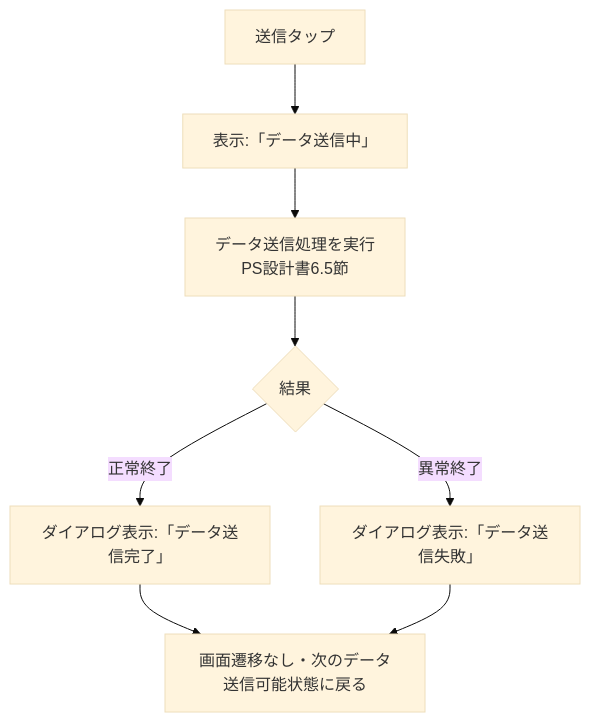
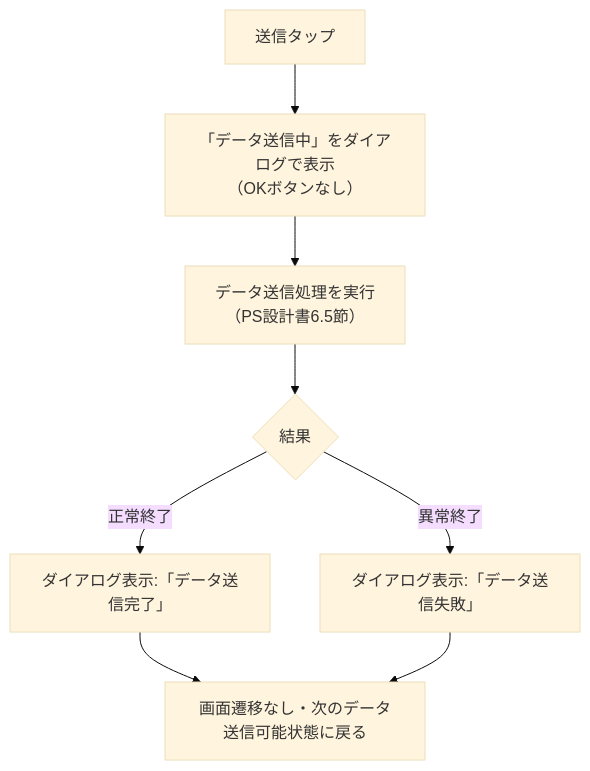
The third of 5 diagrams in docs/design/SS設計書.md (728h7y4bdh-cr/Test.swiftpm), drawn with Mermaid (base theme) before and after one commit. The commit also changed other lines of this file and 2 other files, not shown here.

````diff
--- a/docs/design/SS設計書.md
+++ b/docs/design/SS設計書.md
@@ -144,10 +144,10 @@
 ```mermaid
 flowchart TD
-    A[送信タップ] --> B[表示:「データ送信中」]
-    B --> C[データ送信処理を実行\nPS設計書6.5節]
-    C --> D{結果}
-    D -->|正常終了| E[ダイアログ表示:「データ送信完了」]
-    D -->|異常終了| F[ダイアログ表示:「データ送信失敗」]
-    E --> G[画面遷移なし・次のデータ送信可能状態に戻る]
+    A["送信タップ"] --> B["「データ送信中」をダイアログで表示<br/>（OKボタンなし）"]
+    B --> C["データ送信処理を実行<br/>（PS設計書6.5節）"]
+    C --> D{"結果"}
+    D -->|正常終了| E["ダイアログ表示:「データ送信完了」"]
+    D -->|異常終了| F["ダイアログ表示:「データ送信失敗」"]
+    E --> G["画面遷移なし・次のデータ送信可能状態に戻る"]
     F --> G
 ```
````
